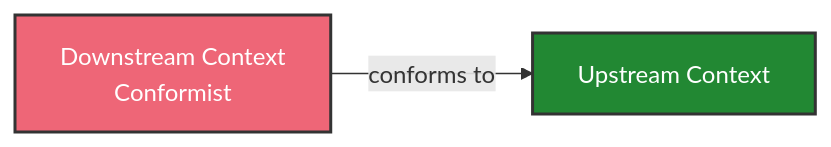
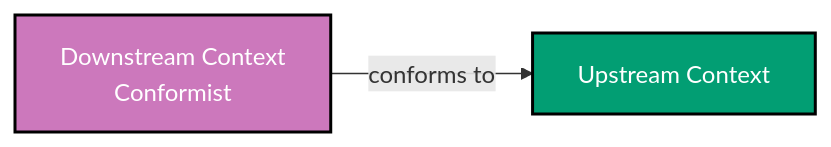
One commit to wahidyankf/open-sharia-enterprise changed the third of 12 diagrams in docs/explanation/software-design/domain-driven-design-ddd/templates/ex-sode-dodrdedd-te__context-map-diagram.md. Above: the diagram before and after it, drawn with Mermaid. The commit also changed other lines of this file and 35 other files, not shown here.

````diff
--- a/docs/explanation/software-design/domain-driven-design-ddd/templates/ex-sode-dodrdedd-te__context-map-diagram.md
+++ b/docs/explanation/software-design/domain-driven-design-ddd/templates/ex-sode-dodrdedd-te__context-map-diagram.md
@@ -113,10 +113,10 @@
 ```mermaid
 graph LR
     DS[Downstream Context<br/>Conformist]
     US[Upstream Context]
 
     DS -->|conforms to| US
 
-    style DS fill:#EE6677,stroke:#333,stroke-width:2px,color:#FFFFFF
-    style US fill:#228833,stroke:#333,stroke-width:2px,color:#FFFFFF
+    style DS fill:#CC78BC,stroke:#000000,stroke-width:2px,color:#FFFFFF
+    style US fill:#029E73,stroke:#000000,stroke-width:2px,color:#FFFFFF
 ```
````
